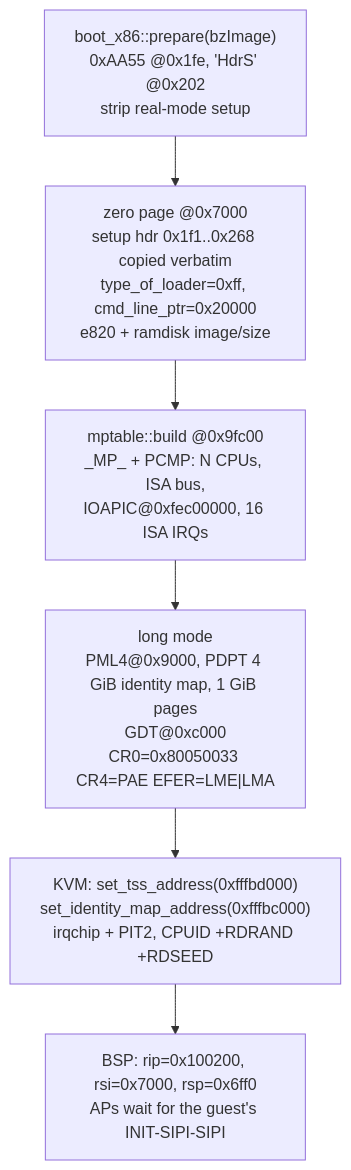
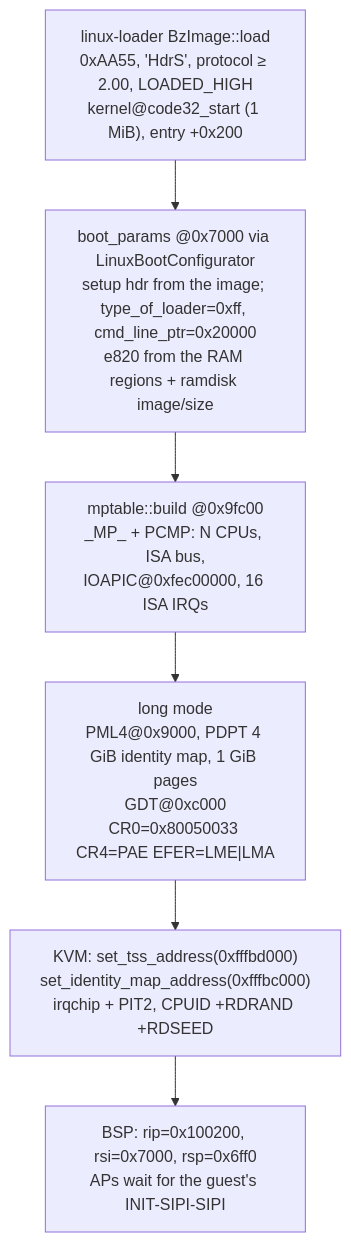
Before and after one commit to brig-sh/hvi-vmm: the third of 4 diagrams in docs/architecture.md, drawn with Mermaid. The commit also changed other lines of this file and 6 other files, not shown here.

````diff
--- a/docs/architecture.md
+++ b/docs/architecture.md
@@ -225,9 +226,9 @@
 ```mermaid
 flowchart TB
-    A["boot_x86::prepare(bzImage)<br/>0xAA55 @0x1fe, 'HdrS' @0x202<br/>strip real-mode setup"] --> B
-    B["zero page @0x7000<br/>setup hdr 0x1f1..0x268 copied verbatim<br/>type_of_loader=0xff, cmd_line_ptr=0x20000<br/>e820 + ramdisk image/size"] --> C
+    A["linux-loader BzImage::load<br/>0xAA55, 'HdrS', protocol ≥ 2.00, LOADED_HIGH<br/>kernel@code32_start (1 MiB), entry +0x200"] --> B
+    B["boot_params @0x7000 via LinuxBootConfigurator<br/>setup hdr from the image; type_of_loader=0xff, cmd_line_ptr=0x20000<br/>e820 from the RAM regions + ramdisk image/size"] --> C
     C["mptable::build @0x9fc00<br/>_MP_ + PCMP: N CPUs, ISA bus,<br/>IOAPIC@0xfec00000, 16 ISA IRQs"] --> D
     D["long mode<br/>PML4@0x9000, PDPT 4 GiB identity map, 1 GiB pages<br/>GDT@0xc000<br/>CR0=0x80050033 CR4=PAE EFER=LME|LMA"] --> E
     E["KVM: set_tss_address(0xfffbd000)<br/>set_identity_map_address(0xfffbc000)<br/>irqchip + PIT2, CPUID +RDRAND +RDSEED"] --> F
     F["BSP: rip=0x100200, rsi=0x7000, rsp=0x6ff0<br/>APs wait for the guest's INIT-SIPI-SIPI"]
 ```
````
